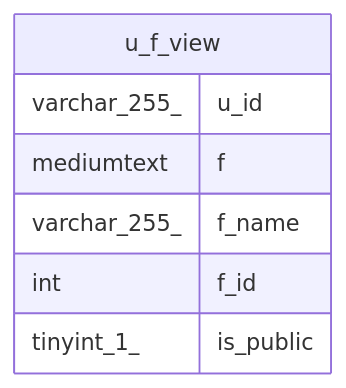
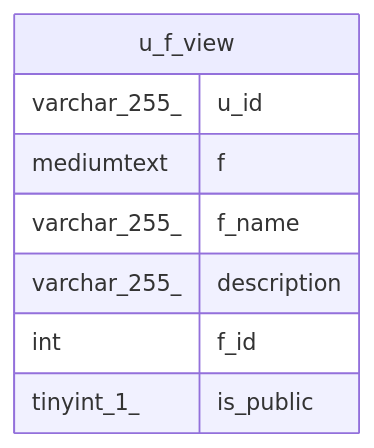
Before and after one commit to Yiipu/Checkdown: the diagram in doc/database-schema/u_f_view.md, drawn with Mermaid. The commit also changed other lines of this file and 12 other files, not shown here.

````diff
--- a/doc/database-schema/u_f_view.md
+++ b/doc/database-schema/u_f_view.md
@@ -35,12 +36,13 @@
 ```mermaid
 erDiagram
 
 
 "u_f_view" {
   varchar_255_ u_id
   mediumtext f
   varchar_255_ f_name
+  varchar_255_ description
   int f_id
   tinyint_1_ is_public
 }
 ```
````
